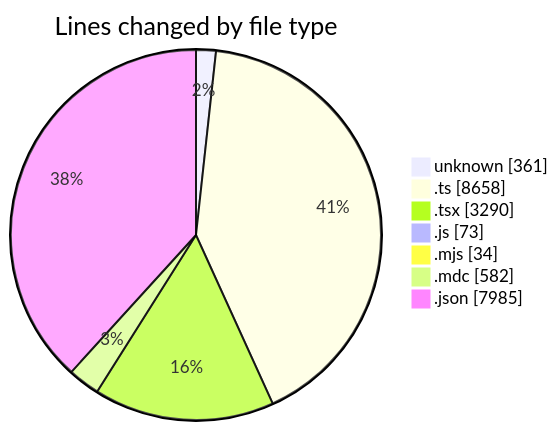
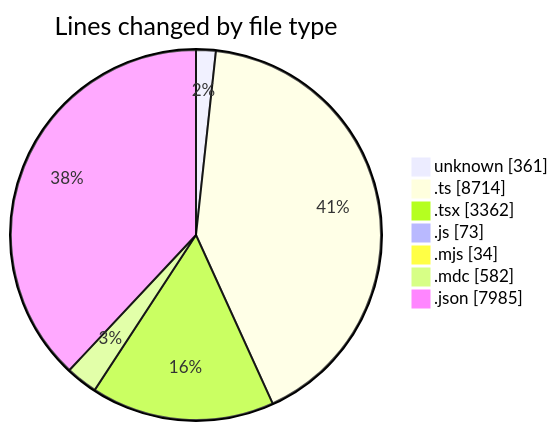
The first of 2 diagrams in 2025-06-13/ecodeli-1/README.md (CELIANVF/code-tracking), drawn with Mermaid before and after one commit. The commit also changed other lines of this file and 1 other file, not shown here.

````diff
--- a/2025-06-13/ecodeli-1/README.md
+++ b/2025-06-13/ecodeli-1/README.md
@@ -42,11 +44,11 @@
 ```mermaid
 pie showData
 title Lines changed by file type
 "unknown" : 361
-".ts" : 8658
-".tsx" : 3290
+".ts" : 8714
+".tsx" : 3362
 ".js" : 73
 ".mjs" : 34
 ".mdc" : 582
 ".json" : 7985
 ```
````
